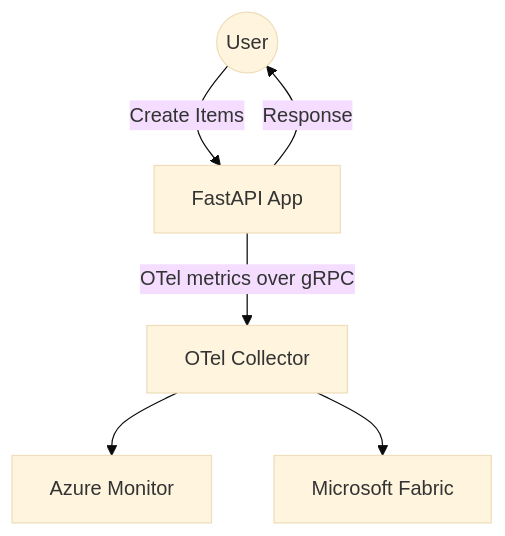
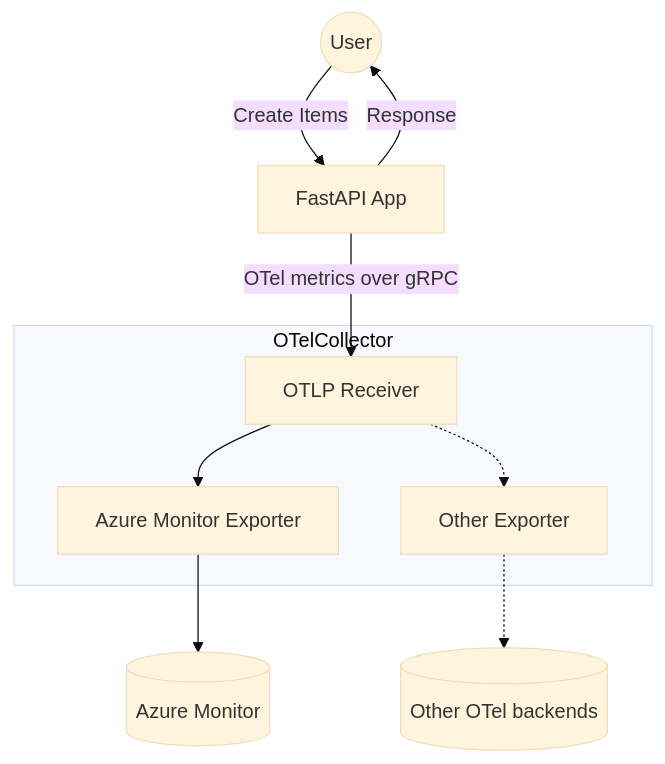
Before and after one commit to syedhassaanahmed/otel-to-fabric: the diagram in README.md, drawn with Mermaid (base theme). The commit also changed other lines of this file and 4 other files, not shown here.

Commit message:
Refactor mermaid

````diff
--- a/README.md
+++ b/README.md
@@ -5,8 +5,12 @@
 ```mermaid
 flowchart TD
     User((User)) -->|"Create Items"| FastAPI[FastAPI App]
     FastAPI -->|"Response"| User
-    FastAPI -->|"OTel metrics over gRPC"| Collector[OTel Collector]
-    Collector --> AzMon[Azure Monitor]
-    Collector --> Fabric[Microsoft Fabric]
+    FastAPI -->|"OTel metrics over gRPC"| Receiver[OTLP Receiver]
+    subgraph OTelCollector
+    Receiver --> AzMonExporter[Azure Monitor Exporter]
+    Receiver -.-> OtherExporter[Other Exporter]
+    end
+    AzMonExporter --> AzMon[(Azure Monitor)]
+    OtherExporter -.-> Other[(Other OTel backends)]
 ```
````
